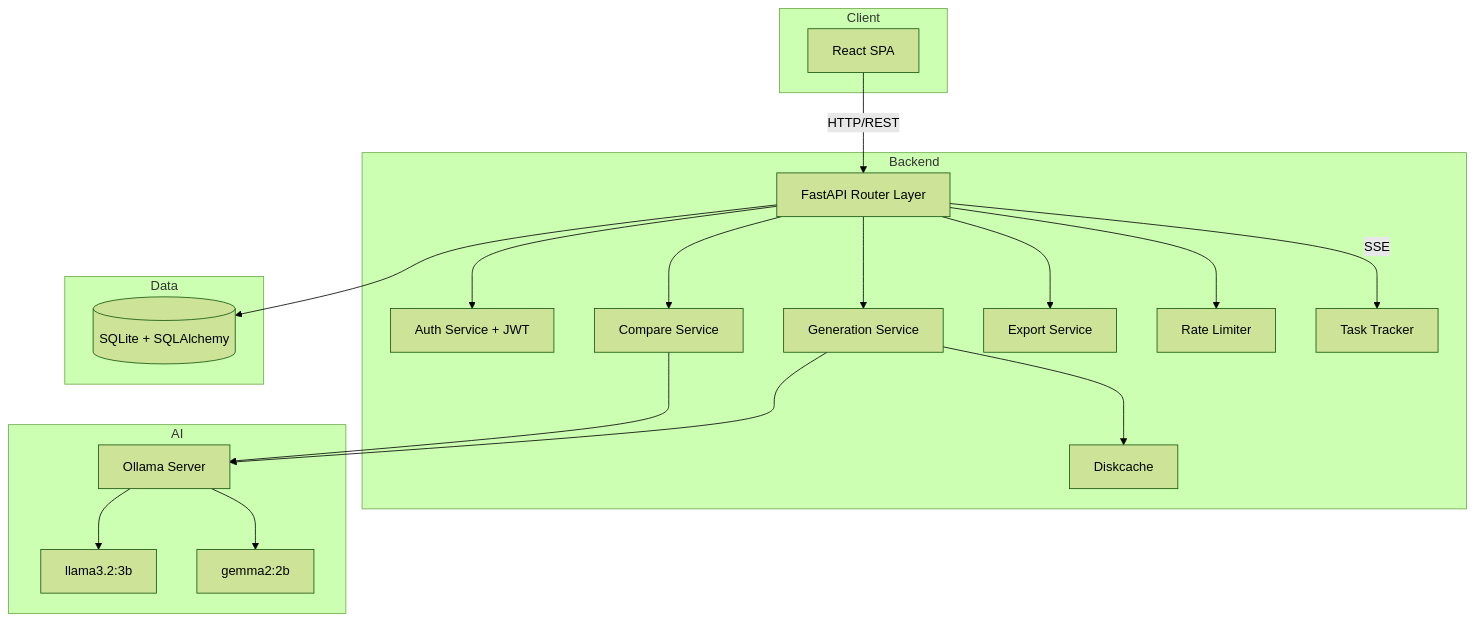
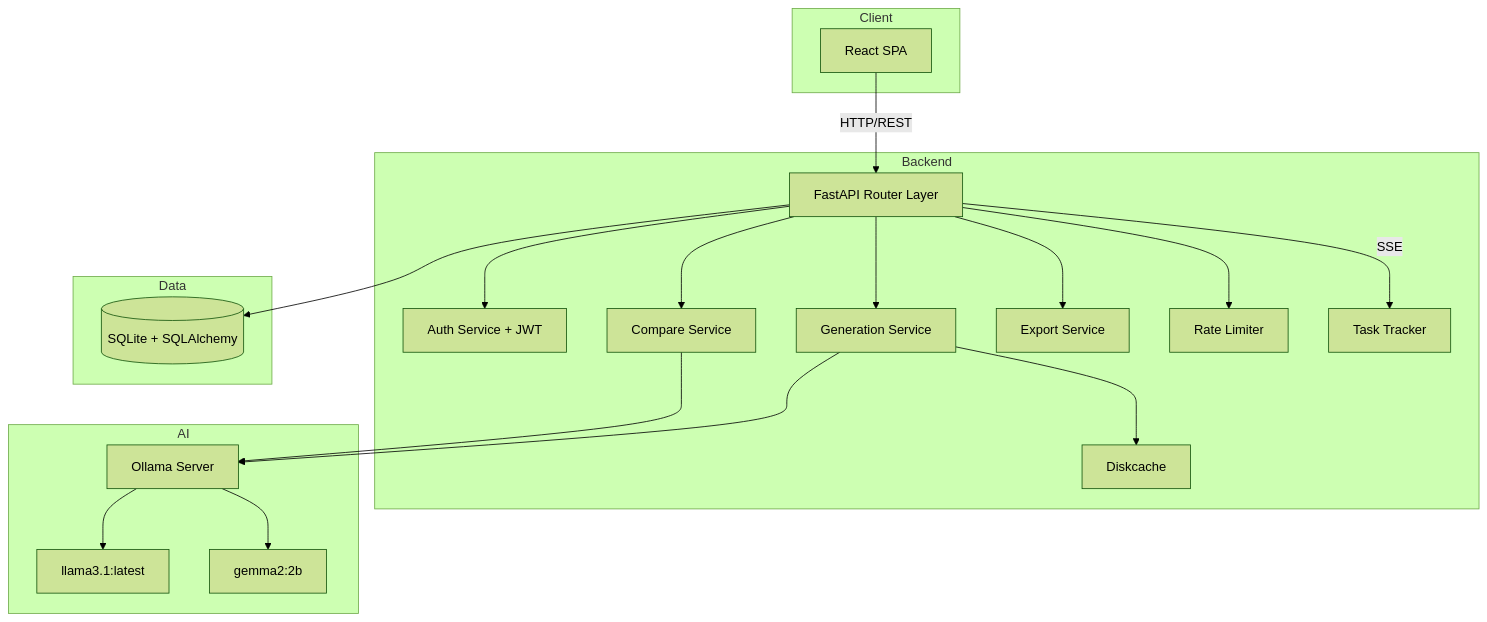
Before and after one commit to Gn4ik/edu-assist: the second of 2 diagrams in docs/TECHNICAL_DESIGN_DOCUMENT.md, drawn with Mermaid (forest theme). The commit also changed other lines of this file and 14 other files, not shown here.

````diff
--- a/docs/TECHNICAL_DESIGN_DOCUMENT.md
+++ b/docs/TECHNICAL_DESIGN_DOCUMENT.md
@@ -2553,41 +2553,41 @@
 ```mermaid
 graph TB
     subgraph Client
         Browser[React SPA]
     end
 
     subgraph Backend
         API[FastAPI Router Layer]
         Auth[Auth Service + JWT]
         GenSvc[Generation Service]
         CmpSvc[Compare Service]
         ExpSvc[Export Service]
         RateLimit[Rate Limiter]
         Cache[Diskcache]
         TaskTracker[Task Tracker]
     end
 
     subgraph Data
         DB[(SQLite + SQLAlchemy)]
     end
 
     subgraph AI
         Ollama[Ollama Server]
-        Llama[llama3.2:3b]
+        Llama[llama3.1:latest]
         Gemma[gemma2:2b]
     end
 
     Browser -->|HTTP/REST| API
     API --> Auth
     API --> RateLimit
     API --> GenSvc
     API --> CmpSvc
     API --> ExpSvc
     API --> DB
     GenSvc --> Cache
     GenSvc --> Ollama
     CmpSvc --> Ollama
     Ollama --> Llama
     Ollama --> Gemma
     API -->|SSE| TaskTracker
 ```
````
